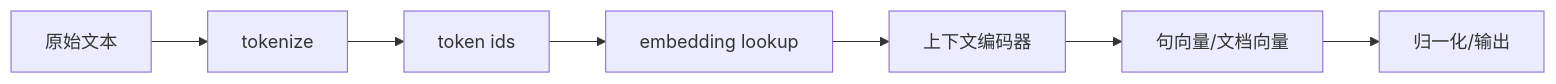
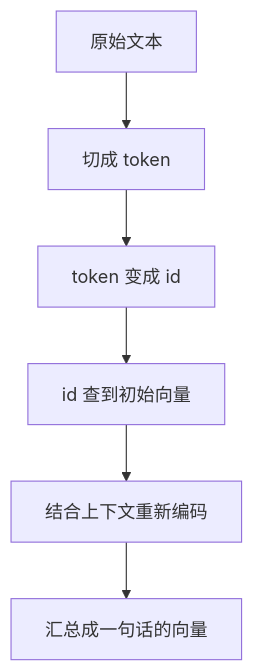
The second of 6 diagrams in 06-Embedding文本如何变成向量.md (benx92/ai-learning-notes), drawn with Mermaid before and after one commit. The commit also changed other lines of this file and 1 other file, not shown here.

Commit message:
Rewrite embedding note for beginner clarity

````diff
--- a/06-Embedding文本如何变成向量.md
+++ b/06-Embedding文本如何变成向量.md
@@ -45,9 +101,8 @@
 ```mermaid
-flowchart LR
-    A[原始文本] --> B[tokenize]
-    B --> C[token ids]
-    C --> D[embedding lookup]
-    D --> E[上下文编码器]
-    E --> F[句向量/文档向量]
-    F --> G[归一化/输出]
+flowchart TD
+    A[原始文本] --> B[切成 token]
+    B --> C[token 变成 id]
+    C --> D[id 查到初始向量]
+    D --> E[结合上下文重新编码]
+    E --> F[汇总成一句话的向量]
 ```
````
